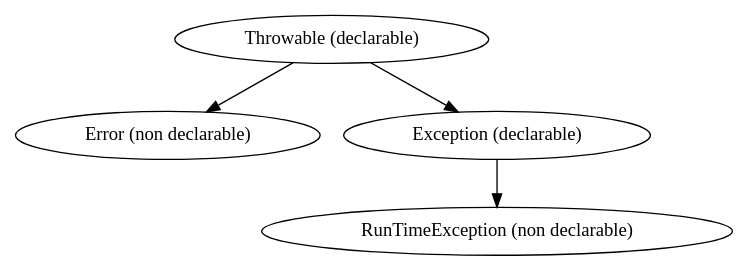
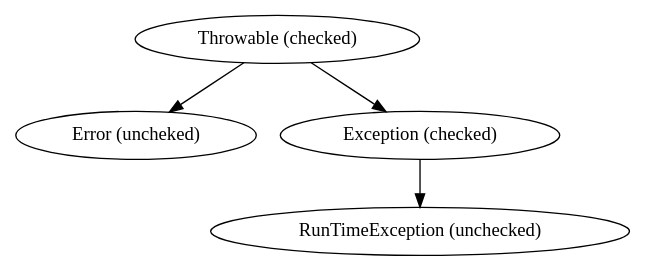
Before and after one commit to Broscorp-net/traineeship: the diagram in module1/src/main/java/net/broscorp/j_exceptions/ExceptionHierarchy.gv, drawn with Graphviz. The commit also changed 2 other files, not shown here.

```diff
--- a/module1/src/main/java/net/broscorp/j_exceptions/ExceptionHierarchy.gv
+++ b/module1/src/main/java/net/broscorp/j_exceptions/ExceptionHierarchy.gv
@@ -1,9 +1,9 @@
 digraph graphname {
-     a [label="Throwable (declarable)"];
-     b [label="Error (non declarable)"];
-     c [label="Exception (declarable)"];
-     d [label="RunTimeException (non declarable)"];
+     a [label="Throwable (checked)"];
+     b [label="Error (uncheked)"];
+     c [label="Exception (checked)"];
+     d [label="RunTimeException (unchecked)"];
     a -> b;
     a->c;
      c -> d;
  }
```
